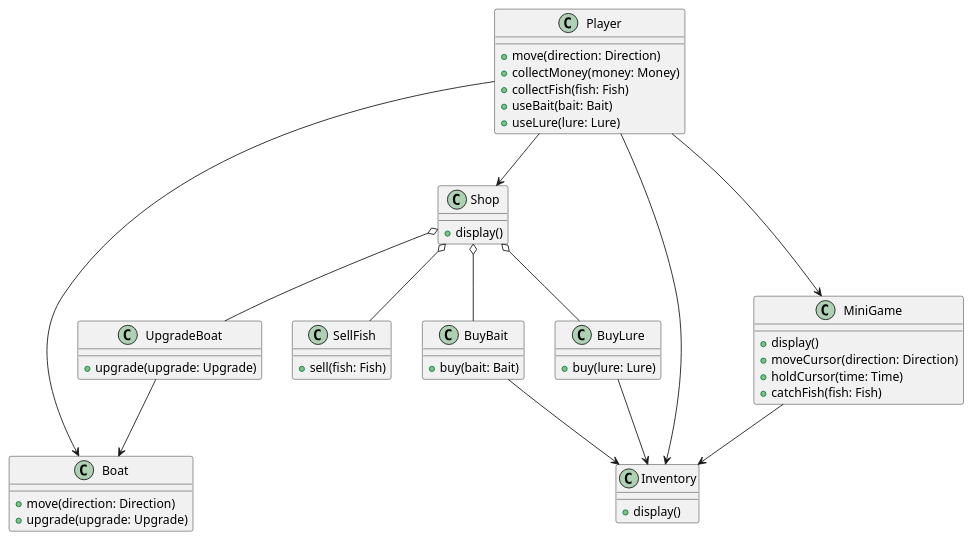
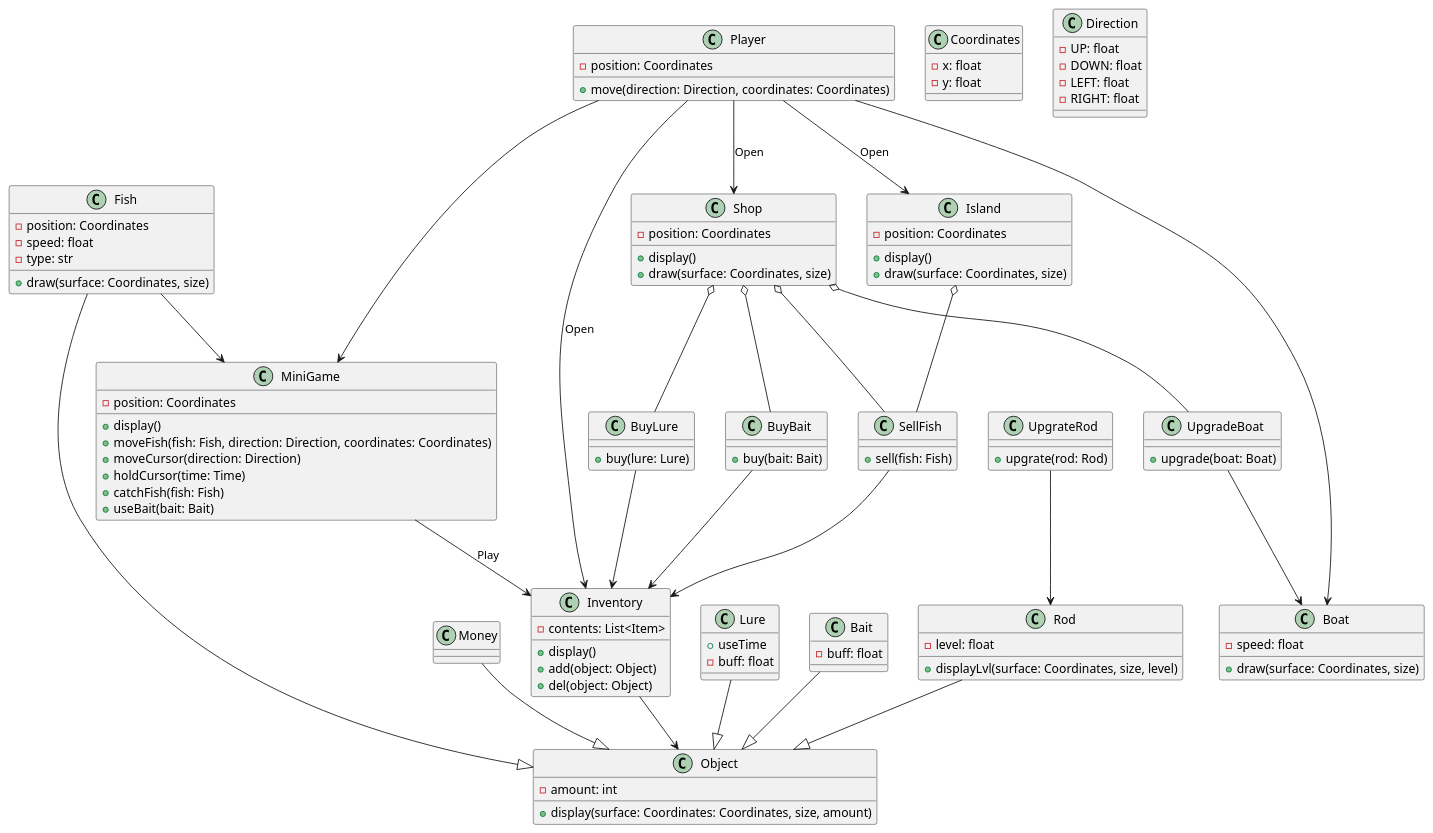
Before and after one commit to lenk6663/studying: the diagram in docs/diagrams/struct/class_diagram.puml, drawn with PlantUML. The commit also changed 4 other files, not shown here.

Commit message:
Fixed stuct diagrams

```diff
--- a/docs/diagrams/struct/class_diagram.puml
+++ b/docs/diagrams/struct/class_diagram.puml
@@ -1,60 +1,128 @@
 @startuml Диаграмма классов
 
 class Player {
-    +move(direction: Direction)
-    +collectMoney(money: Money)
-    +collectFish(fish: Fish)
-    +useBait(bait: Bait)
-    +useLure(lure: Lure)
+    -position: Coordinates
+    +move(direction: Direction, coordinates: Coordinates)
+}
+
+class Inventory {
+    +display()
+    -contents: List<Item>
+    +add(object: Object)
+    +del(object: Object)
+}
+
+class Object {
+    -amount: int
+    + display(surface: Coordinates: Coordinates, size, amount)
+}
+
+class Money {}
+
+class Fish {
+    -position: Coordinates
+    -speed: float
+    -type: str
+    +draw(surface: Coordinates, size)
+}
+
+class Lure {
+    +useTime
+    -buff: float
+}
+
+class Bait {
+    -buff: float
+}
+
+class Coordinates {
+    -x: float
+    -y: float
+}
+
+class Direction {
+    -UP: float
+    -DOWN: float
+    -LEFT: float
+    -RIGHT: float
 }
 
 class Boat {
-    +move(direction: Direction)
-    +upgrade(upgrade: Upgrade)
+    -speed: float
+    +draw(surface: Coordinates, size)
+}
+
+class Rod {
+    -level: float
+    +displayLvl(surface: Coordinates, size, level)
 }
 
 class MiniGame {
+    -position: Coordinates
     +display()
+    +moveFish(fish: Fish, direction: Direction, coordinates: Coordinates)
     +moveCursor(direction: Direction)
     +holdCursor(time: Time)
     +catchFish(fish: Fish)
+    +useBait(bait: Bait)
 }
 
 class Shop {
+    -position: Coordinates
     +display()
+    +draw(surface: Coordinates, size)
+}
+
+class Island {
+    -position: Coordinates
+    +display()
+    +draw(surface: Coordinates, size)
 }
 
 class SellFish {
     +sell(fish: Fish)
 }
 
 class UpgradeBoat {
-    +upgrade(upgrade: Upgrade)
+    +upgrade(boat: Boat)
+}
+
+class UpgrateRod {
+    +upgrate(rod: Rod)
 }
 
 class BuyBait {
     +buy(bait: Bait)
 }
 
 class BuyLure {
     +buy(lure: Lure)
 }
 
-class Inventory {
-    +display()
-}
 
+
+Player --> Inventory : Open
+Inventory --> Object
+Fish --|> Object
+Lure --|> Object
+Rod --|> Object
+Bait --|> Object
+Money --|> Object
+Fish --> MiniGame
 Player --> Boat
 Player ---> MiniGame
-MiniGame --> Inventory
-Player --> Shop
-Player --> Inventory 
+MiniGame --> Inventory : Play
+Player --> Shop : Open
+Player --> Island : Open
 Shop o-- SellFish
 BuyBait --> Inventory
 BuyLure --> Inventory
+SellFish --> Inventory
 UpgradeBoat --> Boat
+UpgrateRod --> Rod
 Shop o-- UpgradeBoat
 Shop o-- BuyBait
 Shop o-- BuyLure
+Island o-- SellFish
 
 @enduml
```
